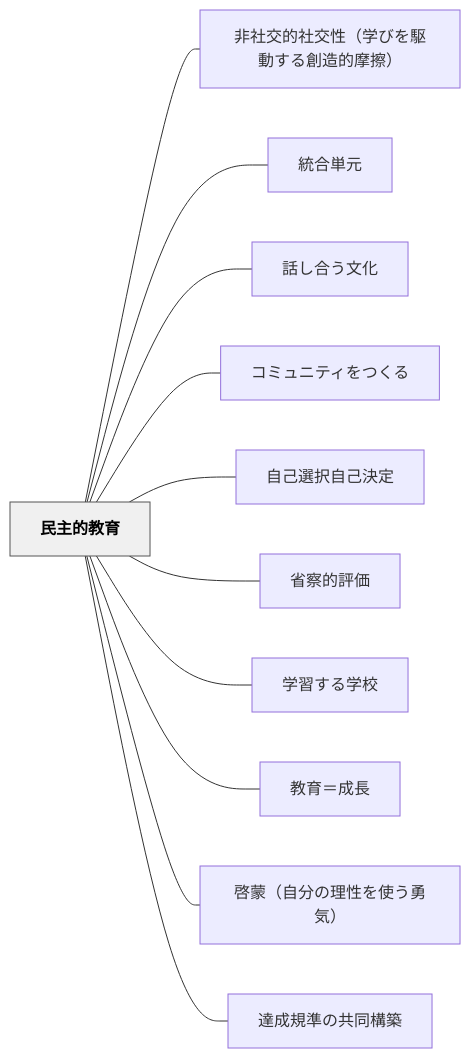
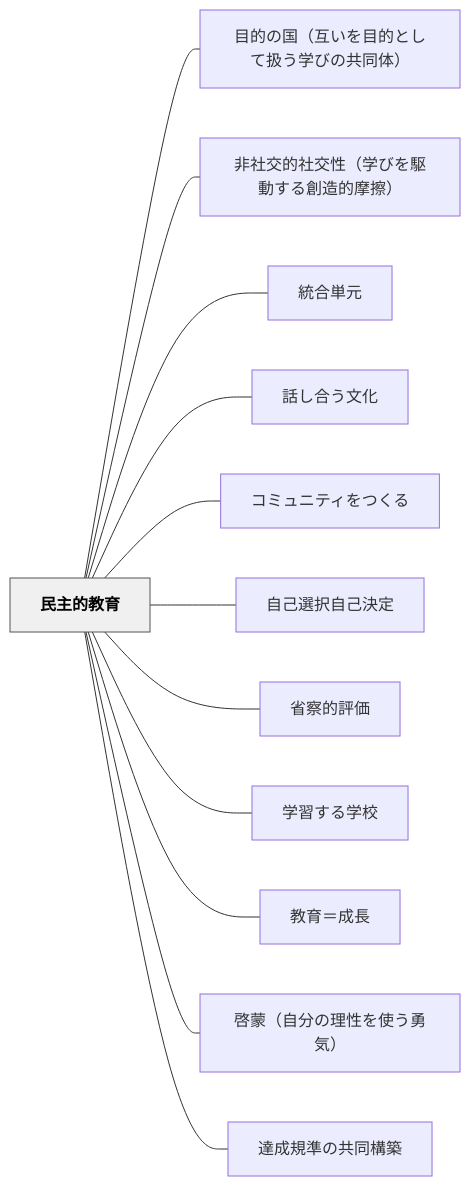
One commit to unknownthings-ed-patterns/unknownthings-ed-patterns changed the diagram in content/パタン/民主的教育.md. Above: the diagram before and after it, drawn with Mermaid. The commit also changed other lines of this file and 18 other files, not shown here.

````diff
--- a/content/パタン/民主的教育.md
+++ b/content/パタン/民主的教育.md
@@ -153,28 +154,30 @@
 ```mermaid
 flowchart LR
     ne6b091e4b8bbe79a84e69599e882b2["民主的教育"]
+    ne79baee79a84e381aee59bbdefbc88e4ba92e38184e38292e79baee79a84e381a8e38197e381a6e689b1e38186e5ada6e381b3e381aee585b1e5908ce4bd93efbc89["目的の国（互いを目的として扱う学びの共同体）"]
     ne99d9ee7a4bee4baa4e79a84e7a4bee4baa4e680a7efbc88e5ada6e381b3e38292e9a786e58b95e38199e3828be589b5e980a0e79a84e691a9e693a6efbc89["非社交的社交性（学びを駆動する創造的摩擦）"]
     ne7b5b1e59088e58d98e58583["統合単元"]
     ne8a9b1e38197e59088e38186e69687e58c96["話し合う文化"]
     ne382b3e3839fe383a5e3838be38386e382a3e38292e381a4e3818fe3828b["コミュニティをつくる"]
     ne887aae5b7b1e981b8e68a9ee887aae5b7b1e6b1bae5ae9a["自己選択自己決定"]
     ne79c81e5af9fe79a84e8a995e4bea1["省察的評価"]
     ne5ada6e7bf92e38199e3828be5ada6e6a0a1["学習する学校"]
     ne69599e882b2efbc9de68890e995b7["教育＝成長"]
     ne59593e89299efbc88e887aae58886e381aee79086e680a7e38292e4bdbfe38186e58b87e6b097efbc89["啓蒙（自分の理性を使う勇気）"]
     ne98194e68890e8a68fe6ba96e381aee585b1e5908ce6a78be7af89["達成規準の共同構築"]
 
+    ne6b091e4b8bbe79a84e69599e882b2 --- ne79baee79a84e381aee59bbdefbc88e4ba92e38184e38292e79baee79a84e381a8e38197e381a6e689b1e38186e5ada6e381b3e381aee585b1e5908ce4bd93efbc89
     ne6b091e4b8bbe79a84e69599e882b2 --- ne99d9ee7a4bee4baa4e79a84e7a4bee4baa4e680a7efbc88e5ada6e381b3e38292e9a786e58b95e38199e3828be589b5e980a0e79a84e691a9e693a6efbc89
     ne6b091e4b8bbe79a84e69599e882b2 --- ne7b5b1e59088e58d98e58583
     ne6b091e4b8bbe79a84e69599e882b2 --- ne8a9b1e38197e59088e38186e69687e58c96
     ne6b091e4b8bbe79a84e69599e882b2 --- ne382b3e3839fe383a5e3838be38386e382a3e38292e381a4e3818fe3828b
     ne6b091e4b8bbe79a84e69599e882b2 --- ne887aae5b7b1e981b8e68a9ee887aae5b7b1e6b1bae5ae9a
     ne6b091e4b8bbe79a84e69599e882b2 --- ne79c81e5af9fe79a84e8a995e4bea1
     ne6b091e4b8bbe79a84e69599e882b2 --- ne5ada6e7bf92e38199e3828be5ada6e6a0a1
     ne6b091e4b8bbe79a84e69599e882b2 --- ne69599e882b2efbc9de68890e995b7
     ne6b091e4b8bbe79a84e69599e882b2 --- ne59593e89299efbc88e887aae58886e381aee79086e680a7e38292e4bdbfe38186e58b87e6b097efbc89
     ne6b091e4b8bbe79a84e69599e882b2 --- ne98194e68890e8a68fe6ba96e381aee585b1e5908ce6a78be7af89
 
     classDef hub fill:#f0f0f0,stroke:#555,color:#000,font-weight:bold
     class ne6b091e4b8bbe79a84e69599e882b2 hub
 ```
````
